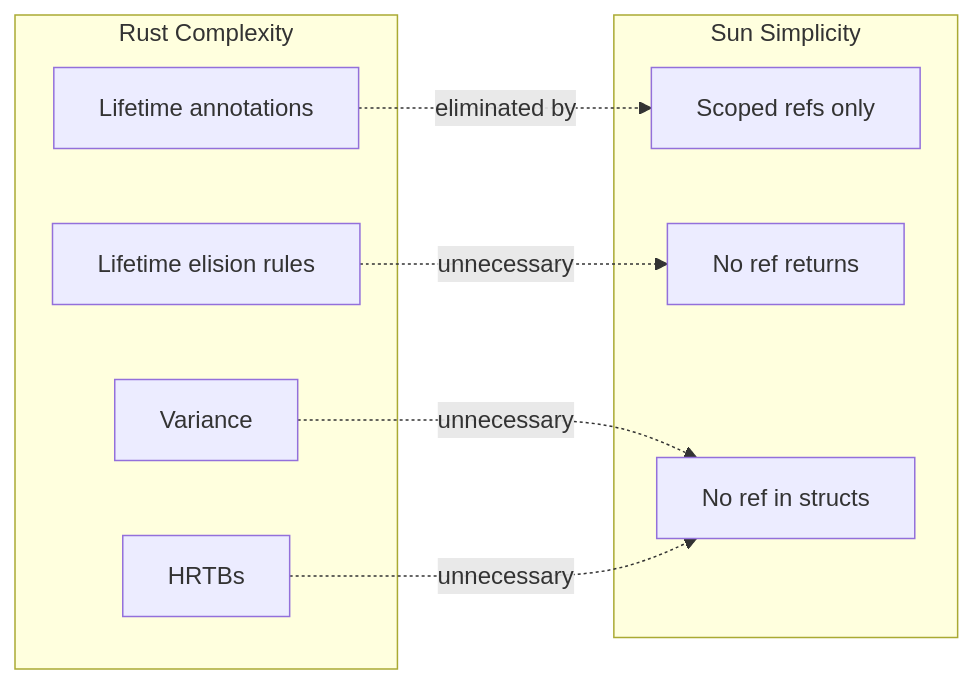
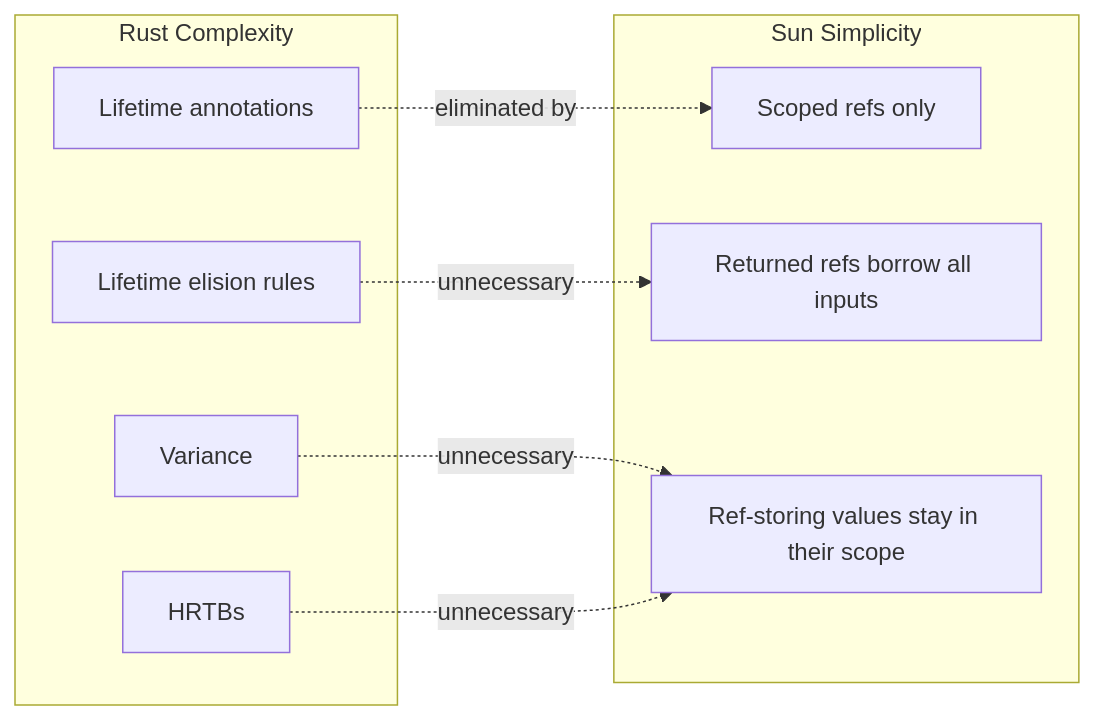
One commit to namo-robotics/sun changed the sixth of 6 diagrams in docs/pages/ownership.mdx. Above: the diagram before and after it, drawn with Mermaid. The commit also changed other lines of this file and 13 other files, not shown here.

````diff
--- a/docs/pages/ownership.mdx
+++ b/docs/pages/ownership.mdx
@@ -757,20 +817,20 @@
 ```mermaid
 flowchart LR
     subgraph "Rust Complexity"
         R1[Lifetime annotations]
         R2[Lifetime elision rules]
         R3[Variance]
         R4[HRTBs]
     end
     
     subgraph "Sun Simplicity"
         S1[Scoped refs only]
-        S2[No ref returns]
-        S3[No ref in structs]
+        S2[Returned refs borrow all inputs]
+        S3[Ref-storing values stay in their scope]
     end
     
     R1 -.->|eliminated by| S1
     R2 -.->|unnecessary| S2
     R3 -.->|unnecessary| S3
     R4 -.->|unnecessary| S3
 ```
````
